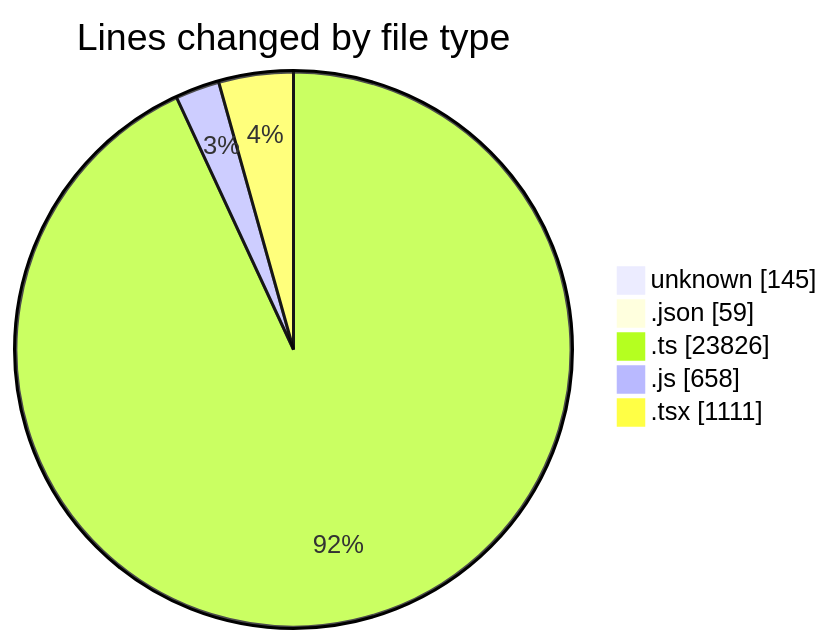
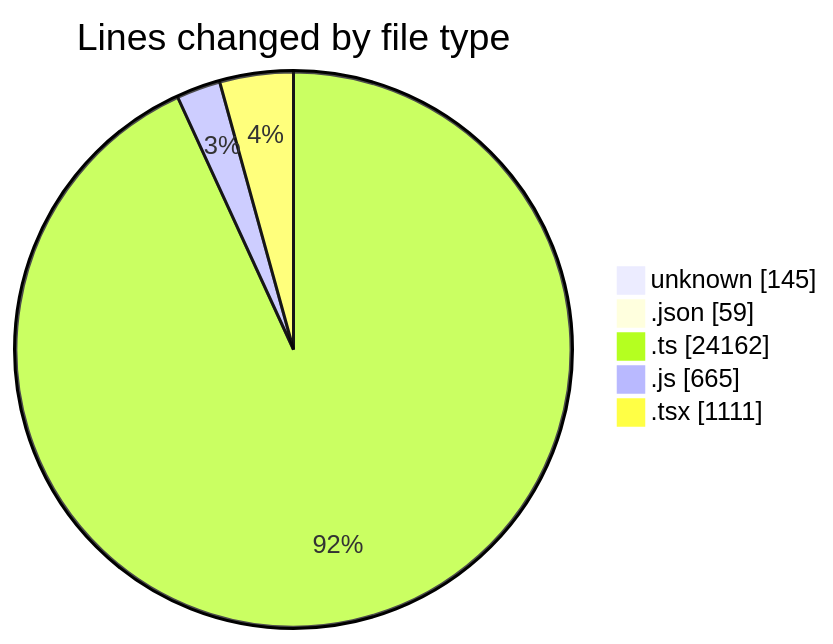
One commit to momahboobian/code-tracking changed the first of 2 diagrams in 2025-11-13/cda/README.md. Above: the diagram before and after it, drawn with Mermaid. The commit also changed other lines of this file and 1 other file, not shown here.

````diff
--- a/2025-11-13/cda/README.md
+++ b/2025-11-13/cda/README.md
@@ -31,9 +31,9 @@
 ```mermaid
 pie showData
 title Lines changed by file type
 "unknown" : 145
 ".json" : 59
-".ts" : 23826
-".js" : 658
+".ts" : 24162
+".js" : 665
 ".tsx" : 1111
 ```
````
